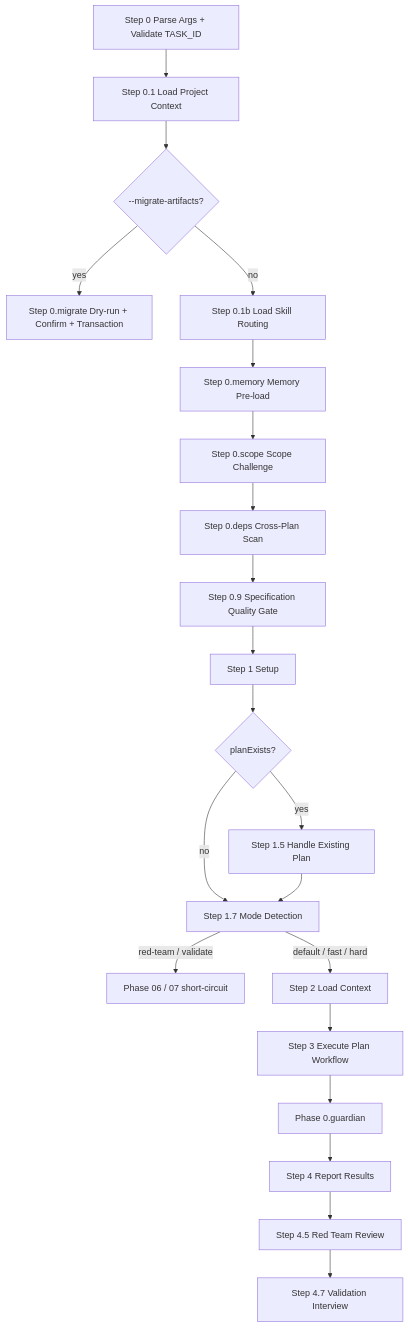
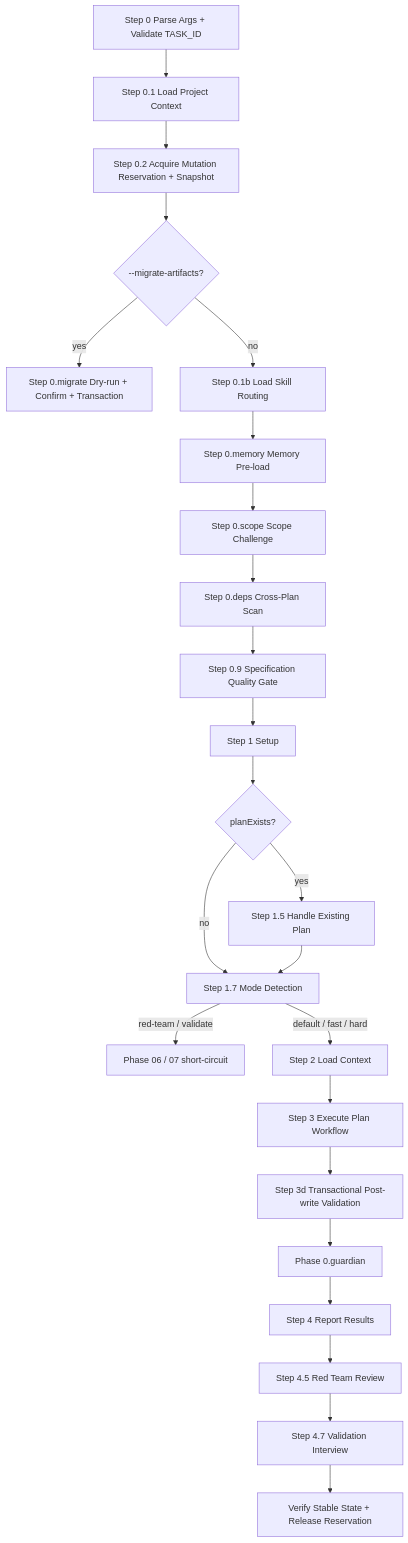
One commit to vinhltt/tdk changed the diagram in .specify/plugins/tdk-core/skills/tdk-plan/SKILL.md. Above: the diagram before and after it, drawn with Mermaid. The commit also changed other lines of this file and 94 other files, not shown here.

````diff
--- a/.specify/plugins/tdk-core/skills/tdk-plan/SKILL.md
+++ b/.specify/plugins/tdk-core/skills/tdk-plan/SKILL.md
@@ -58,23 +60,26 @@
 ```mermaid
 flowchart TD
     A[Step 0 Parse Args + Validate TASK_ID] --> B[Step 0.1 Load Project Context]
-    B --> BM{--migrate-artifacts?}
+    B --> TX[Step 0.2 Acquire Mutation Reservation + Snapshot]
+    TX --> BM{--migrate-artifacts?}
     BM -->|yes| MW[Step 0.migrate Dry-run + Confirm + Transaction]
     BM -->|no| B2[Step 0.1b Load Skill Routing]
     B2 --> C[Step 0.memory Memory Pre-load]
     C --> S[Step 0.scope Scope Challenge]
     S --> X[Step 0.deps Cross-Plan Scan]
     X --> Q[Step 0.9 Specification Quality Gate]
     Q --> D[Step 1 Setup]
     D --> E{planExists?}
     E -->|yes| F[Step 1.5 Handle Existing Plan]
     E -->|no| M[Step 1.7 Mode Detection]
     F --> M
     M -->|red-team / validate| RT[Phase 06 / 07 short-circuit]
     M -->|default / fast / hard| G[Step 2 Load Context]
     G --> H[Step 3 Execute Plan Workflow]
-    H --> I[Phase 0.guardian]
+    H --> PV[Step 3d Transactional Post-write Validation]
+    PV --> I[Phase 0.guardian]
     I --> J[Step 4 Report Results]
     J --> RT2[Step 4.5 Red Team Review]
     RT2 --> V[Step 4.7 Validation Interview]
+    V --> RL[Verify Stable State + Release Reservation]
 ```
````
